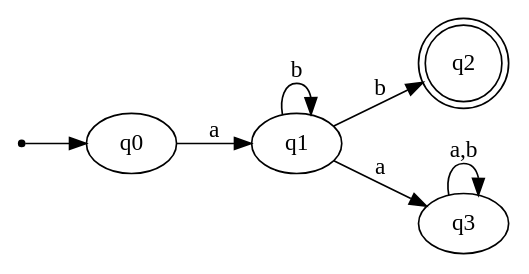
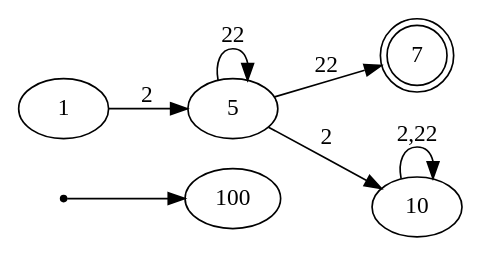
One commit to GiovA07/A changed the diagram in archivos_automatas/automata.dot. Above: the diagram before and after it, drawn with Graphviz. The commit also changed 7 other files, not shown here.

```diff
--- a/archivos_automatas/automata.dot
+++ b/archivos_automatas/automata.dot
@@ -1,15 +1,15 @@
 digraph{
 
 rankdir=LR;
 inic[shape=point];
 
-inic->q0;
+inic->100;
 
-q0->q1 [label="a"];
-q1->q2 [label="b"];
-q1->q1 [label="b"];
-q1->q3 [label="a"];
-q3->q3 [label="a,b"];
+1->5 [label="2"];
+5->7 [label="22"];
+5->5 [label="22"];
+5->10 [label="2"];
+10->10 [label="2,22"];
 
-q2[shape=doublecircle];
+7[shape=doublecircle];
 }
```
